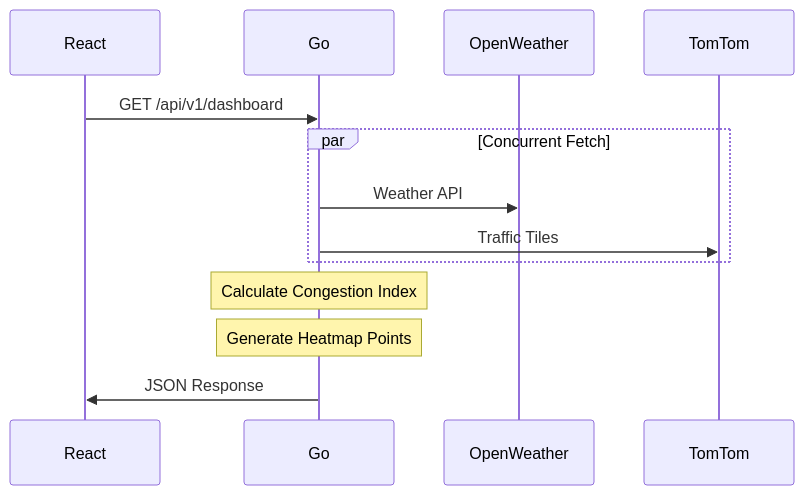
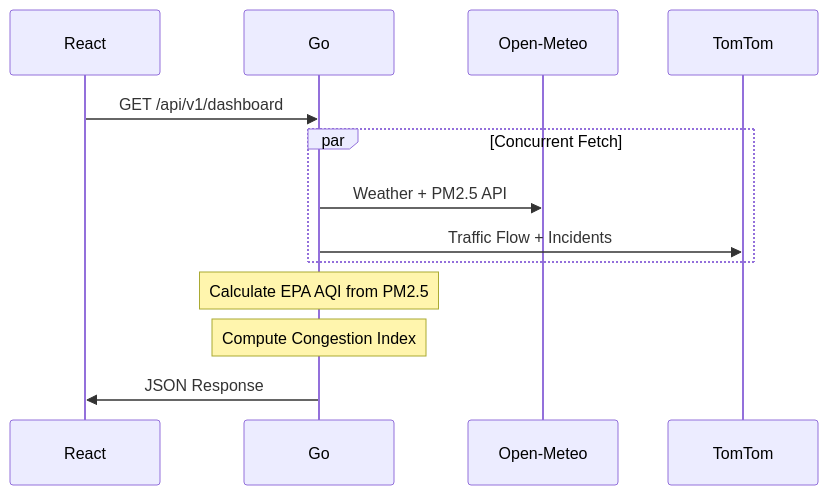
The second of 3 diagrams in PROJECT_ARCHITECTURAL_DOCUMENTATION.md (Beksanoff/smart-city-ai), drawn with Mermaid before and after one commit. The commit also changed other lines of this file and 61 other files, not shown here.

````diff
--- a/PROJECT_ARCHITECTURAL_DOCUMENTATION.md
+++ b/PROJECT_ARCHITECTURAL_DOCUMENTATION.md
@@ -154,16 +182,16 @@
 ```mermaid
 sequenceDiagram
     participant React
     participant Go
-    participant OpenWeather
+    participant OpenMeteo as Open-Meteo
     participant TomTom
 
     React->>Go: GET /api/v1/dashboard
     par Concurrent Fetch
-        Go->>OpenWeather: Weather API
-        Go->>TomTom: Traffic Tiles
+        Go->>OpenMeteo: Weather + PM2.5 API
+        Go->>TomTom: Traffic Flow + Incidents
     end
-    Note over Go: Calculate Congestion Index
-    Note over Go: Generate Heatmap Points
+    Note over Go: Calculate EPA AQI from PM2.5
+    Note over Go: Compute Congestion Index
     Go->>React: JSON Response
 ```
````
